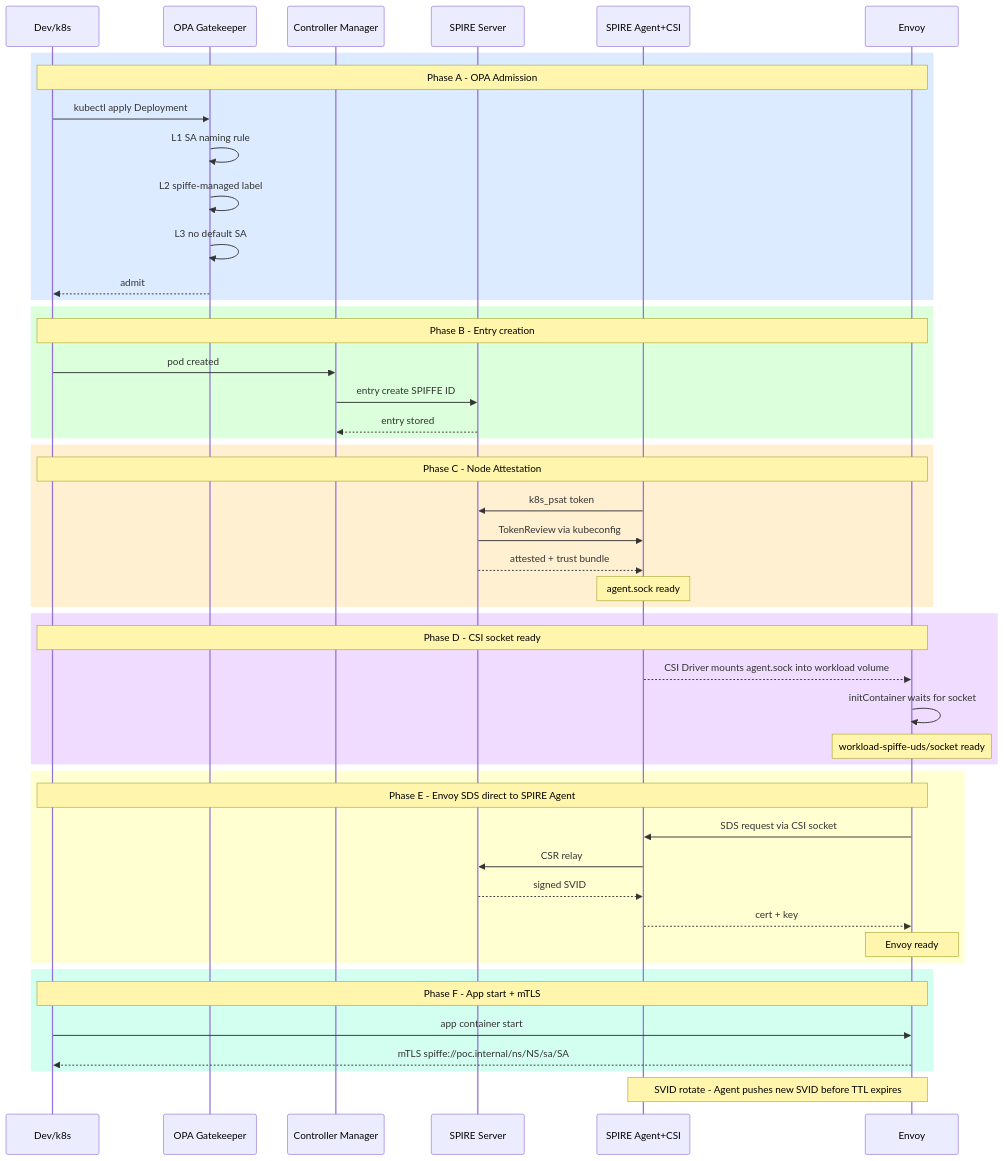
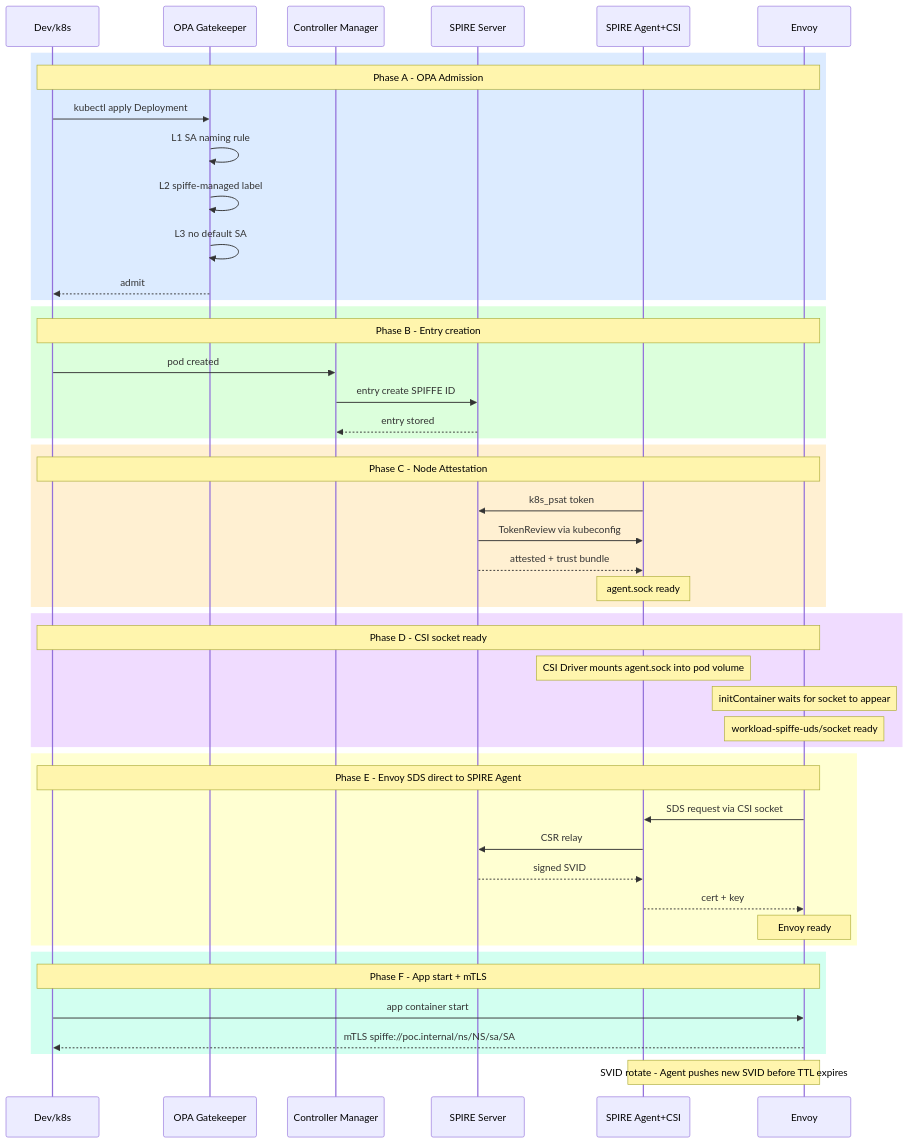
Before and after one commit to benchen149/kind-spire-istio-poc: the diagram in docs/spire-istio-poc-summary.md, drawn with Mermaid.

Commit message:
docs: fix Phase D diagram - use Notes instead of arrows for CSI mount
CSI volume mount is a k8s infrastructure operation, not a network
message between actors. Replace SA-->>EN and EN->>EN arrows with
Notes to avoid misleading sequence representation.

````diff
--- a/docs/spire-istio-poc-summary.md
+++ b/docs/spire-istio-poc-summary.md
@@ -99,57 +99,57 @@
 ```mermaid
 sequenceDiagram
     participant Dev as Dev/k8s
     participant OPA as OPA Gatekeeper
     participant CM  as Controller Manager
     participant SS  as SPIRE Server
     participant SA  as SPIRE Agent+CSI
     participant EN  as Envoy
 
     rect rgb(220, 235, 255)
         Note over Dev,EN: Phase A - OPA Admission
         Dev->>OPA: kubectl apply Deployment
         OPA->>OPA: L1 SA naming rule
         OPA->>OPA: L2 spiffe-managed label
         OPA->>OPA: L3 no default SA
         OPA-->>Dev: admit
     end
 
     rect rgb(220, 255, 220)
         Note over Dev,EN: Phase B - Entry creation
         Dev->>CM: pod created
         CM->>SS: entry create SPIFFE ID
         SS-->>CM: entry stored
     end
 
     rect rgb(255, 240, 210)
         Note over Dev,EN: Phase C - Node Attestation
         SA->>SS: k8s_psat token
         SS->>SA: TokenReview via kubeconfig
         SS-->>SA: attested + trust bundle
         Note over SA: agent.sock ready
     end
 
     rect rgb(240, 220, 255)
         Note over Dev,EN: Phase D - CSI socket ready
-        SA-->>EN: CSI Driver mounts agent.sock into workload volume
-        EN->>EN: initContainer waits for socket
+        Note over SA: CSI Driver mounts agent.sock into pod volume
+        Note over EN: initContainer waits for socket to appear
         Note over EN: workload-spiffe-uds/socket ready
     end
 
     rect rgb(255, 255, 210)
         Note over Dev,EN: Phase E - Envoy SDS direct to SPIRE Agent
         EN->>SA: SDS request via CSI socket
         SA->>SS: CSR relay
         SS-->>SA: signed SVID
         SA-->>EN: cert + key
         Note over EN: Envoy ready
     end
 
     rect rgb(210, 255, 240)
         Note over Dev,EN: Phase F - App start + mTLS
         Dev->>EN: app container start
         EN-->>Dev: mTLS spiffe://poc.internal/ns/NS/sa/SA
     end
 
     Note over SA,EN: SVID rotate - Agent pushes new SVID before TTL expires
 ```
````
